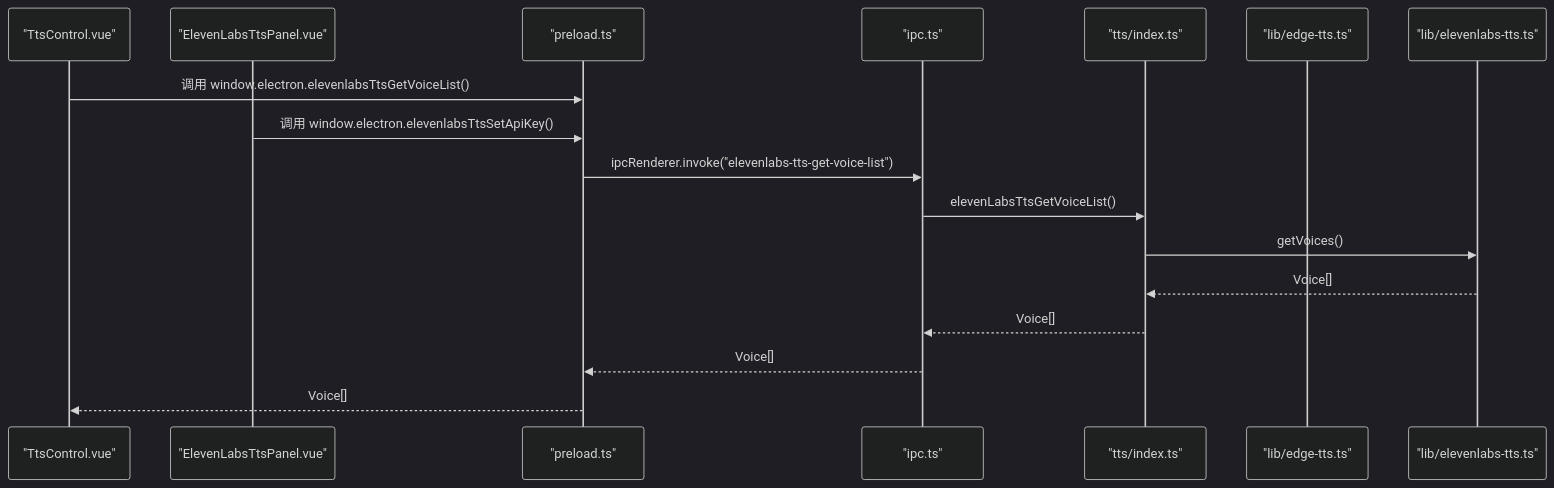
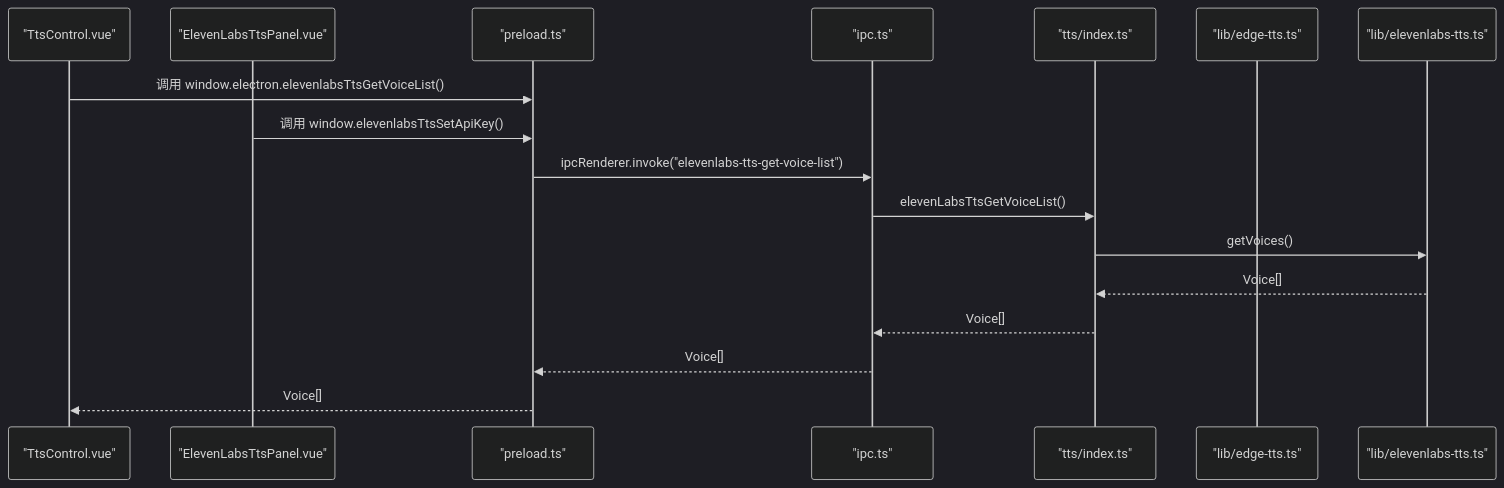
One commit to torans/crow.video changed the second of 8 diagrams in .qoder/repowiki/zh/content/核心功能模块/语音合成系统.md. Above: the diagram before and after it, drawn with Mermaid (dark theme). The commit also changed other lines of this file and 7 other files, not shown here.

````diff
--- a/.qoder/repowiki/zh/content/核心功能模块/语音合成系统.md
+++ b/.qoder/repowiki/zh/content/核心功能模块/语音合成系统.md
@@ -116,19 +118,19 @@
 ```mermaid
 sequenceDiagram
 participant UI as "TtsControl.vue"
 participant Panel as "ElevenLabsTtsPanel.vue"
 participant Preload as "preload.ts"
 participant IPC as "ipc.ts"
 participant TTS as "tts/index.ts"
 participant EdgeEngine as "lib/edge-tts.ts"
 participant ElevenEngine as "lib/elevenlabs-tts.ts"
 UI->>Preload : 调用 window.electron.elevenlabsTtsGetVoiceList()
-Panel->>Preload : 调用 window.electron.elevenlabsTtsSetApiKey()
+Panel->>Preload : 调用 window.elevenlabsTtsSetApiKey()
 Preload->>IPC : ipcRenderer.invoke("elevenlabs-tts-get-voice-list")
 IPC->>TTS : elevenLabsTtsGetVoiceList()
 TTS->>ElevenEngine : getVoices()
 ElevenEngine-->>TTS : Voice[]
 TTS-->>IPC : Voice[]
 IPC-->>Preload : Voice[]
 Preload-->>UI : Voice[]
 ```
````
